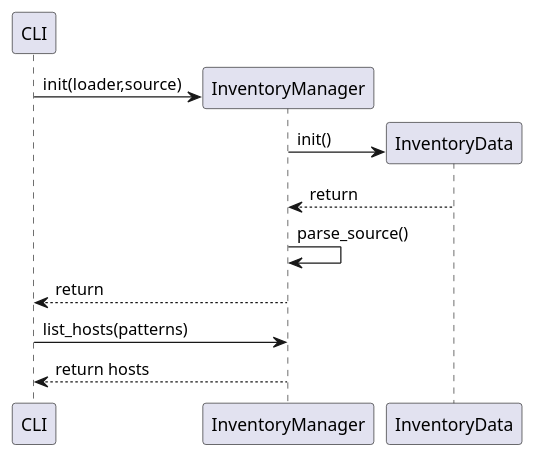
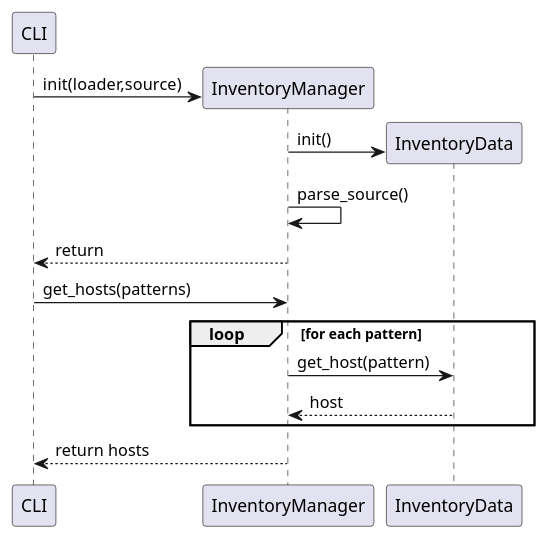
The diagram in project/uml/CLI_Configuration/InventoryManager.puml (ezequiels/nazz), drawn with PlantUML before and after one commit.

Commit message:
Additional diagrams

```diff
--- a/project/uml/CLI_Configuration/InventoryManager.puml
+++ b/project/uml/CLI_Configuration/InventoryManager.puml
@@ -1,13 +1,16 @@
 @startuml
 participant CLI
 create InventoryManager
 CLI -> InventoryManager: init(loader,source)
 create InventoryData
 InventoryManager->InventoryData: init()
-InventoryManager<--InventoryData: return
 InventoryManager->InventoryManager: parse_source()
 CLI <-- InventoryManager: return
-CLI -> InventoryManager: list_hosts(patterns)
+CLI -> InventoryManager: get_hosts(patterns)
+loop for each pattern
+InventoryManager -> InventoryData : get_host(pattern)
+InventoryData --> InventoryManager : host
+end loop
 CLI <-- InventoryManager: return hosts
 
 @enduml
```
